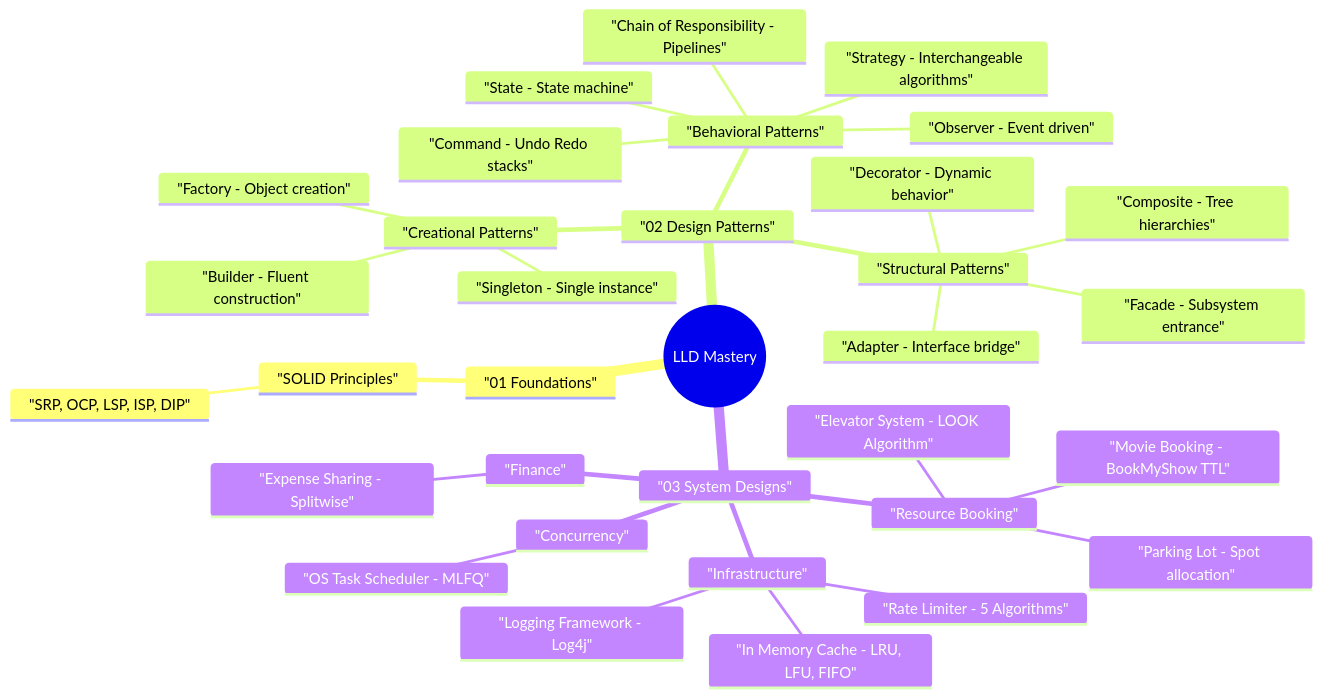
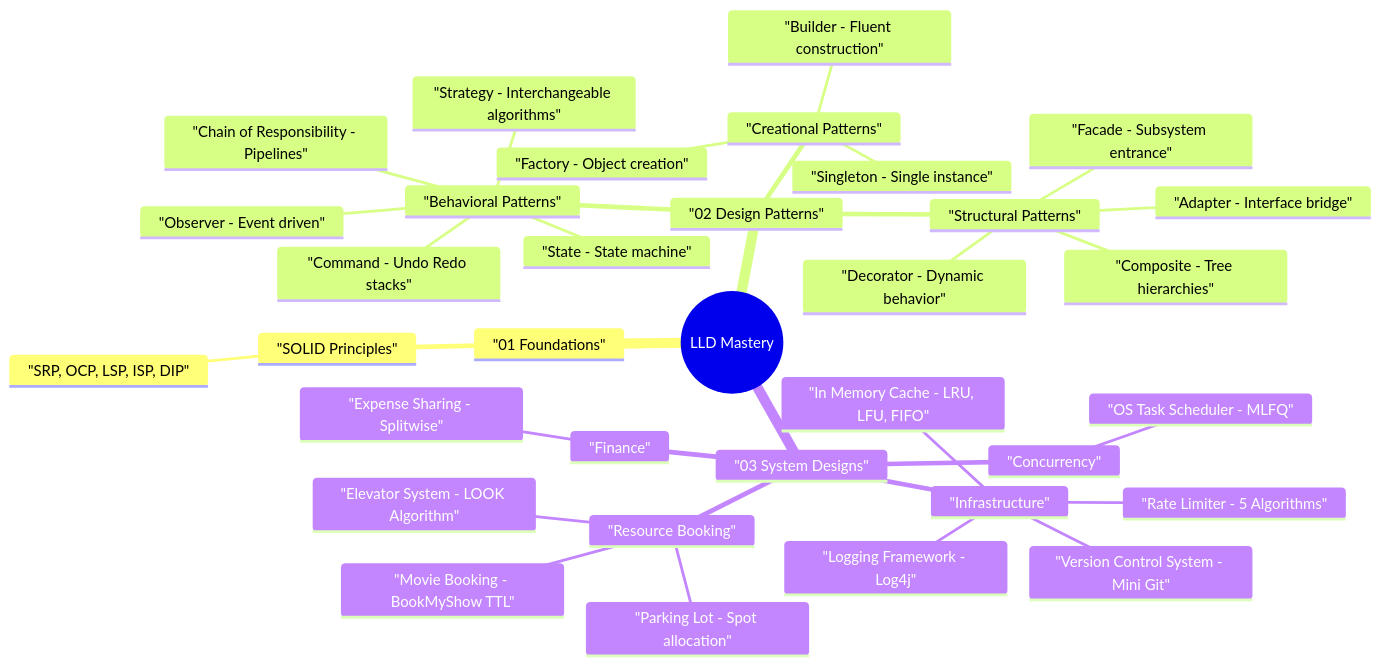
Before and after one commit to chauhankartik/private-2026: the diagram in lld/README.md, drawn with Mermaid. The commit also changed other lines of this file and 3 other files, not shown here.

Commit message:
Add LLD Version Control System (Mini-Git) with Content-Addressable Storage and DAG branching

````diff
--- a/lld/README.md
+++ b/lld/README.md
@@ -9,36 +9,37 @@
 ```mermaid
 mindmap
   root(("LLD Mastery"))
     "01 Foundations"
       "SOLID Principles"
         "SRP, OCP, LSP, ISP, DIP"
     "02 Design Patterns"
       "Creational Patterns"
         "Singleton - Single instance"
         "Factory - Object creation"
         "Builder - Fluent construction"
       "Structural Patterns"
         "Decorator - Dynamic behavior"
         "Facade - Subsystem entrance"
         "Adapter - Interface bridge"
         "Composite - Tree hierarchies"
       "Behavioral Patterns"
         "Observer - Event driven"
         "State - State machine"
         "Strategy - Interchangeable algorithms"
         "Chain of Responsibility - Pipelines"
         "Command - Undo Redo stacks"
     "03 System Designs"
       "Infrastructure"
+        "Version Control System - Mini Git"
         "Logging Framework - Log4j"
         "In Memory Cache - LRU, LFU, FIFO"
         "Rate Limiter - 5 Algorithms"
       "Resource Booking"
         "Parking Lot - Spot allocation"
         "Movie Booking - BookMyShow TTL"
         "Elevator System - LOOK Algorithm"
       "Finance"
         "Expense Sharing - Splitwise"
       "Concurrency"
         "OS Task Scheduler - MLFQ"
 ```
````
